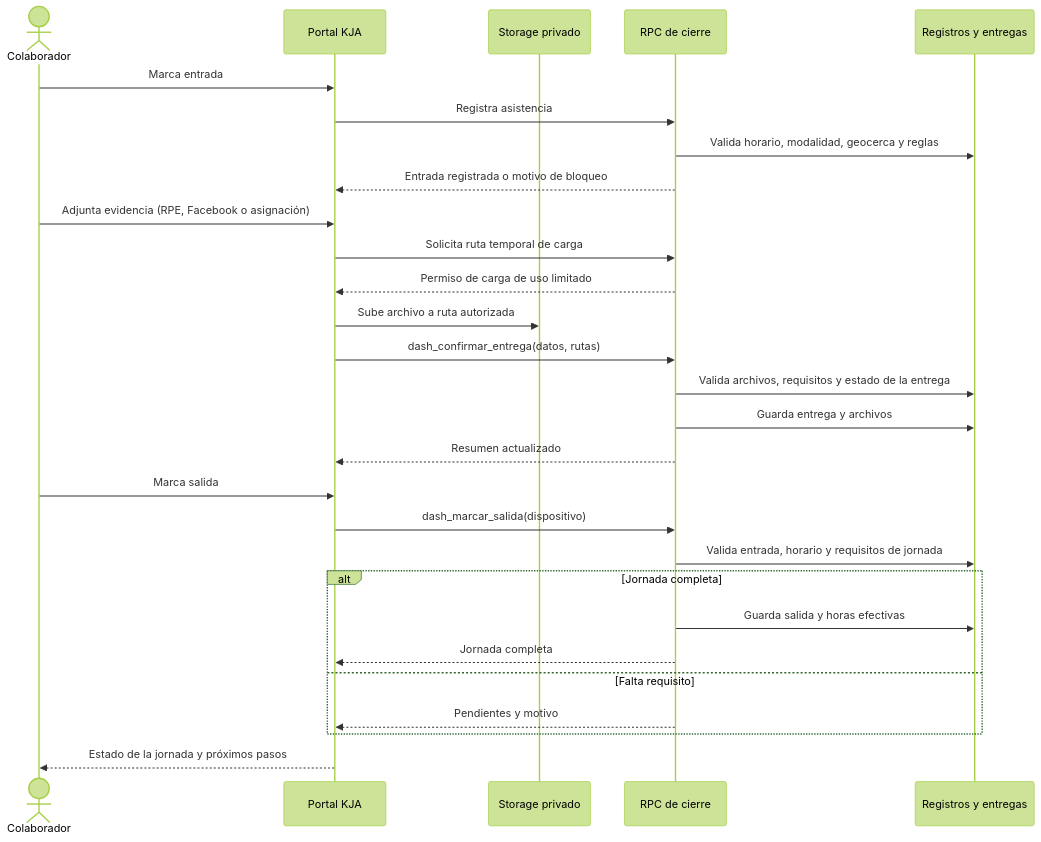
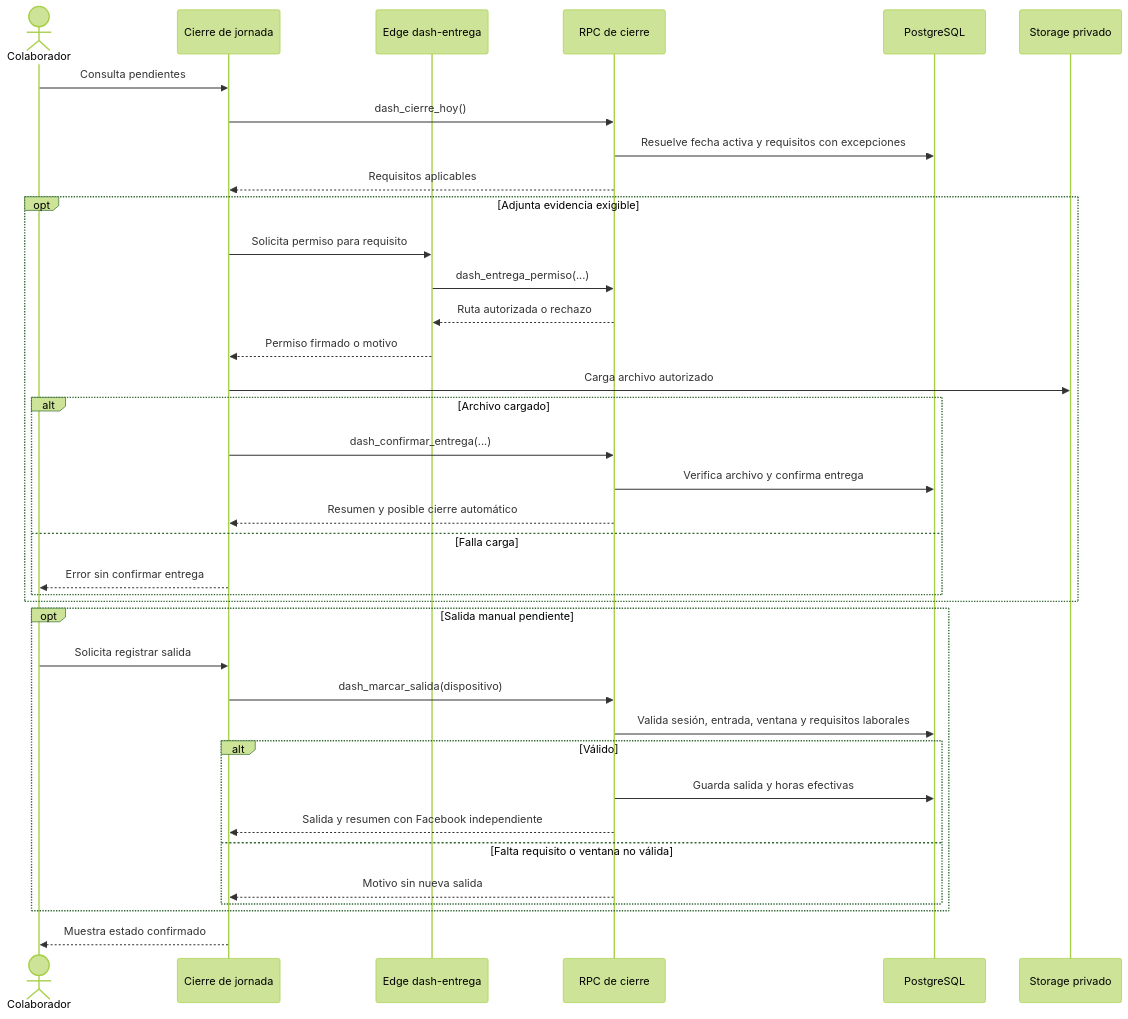
One commit to kjabienestar-ux/KJA changed the fourth of 22 diagrams in docs/20-diagramas-secuencia-administracion.md. Above: the diagram before and after it, drawn with Mermaid (forest theme). The commit also changed other lines of this file and 4 other files, not shown here.

````diff
--- a/docs/20-diagramas-secuencia-administracion.md
+++ b/docs/20-diagramas-secuencia-administracion.md
@@ -103,33 +115,39 @@
 ```mermaid
 sequenceDiagram
-    actor Colab as Colaborador
-    participant Web as Portal KJA
-    participant Storage as Storage privado
-    participant RPC as RPC de cierre
-    participant DB as Registros y entregas
-
-    Colab->>Web: Marca entrada
-    Web->>RPC: Registra asistencia
-    RPC->>DB: Valida horario, modalidad, geocerca y reglas
-    RPC-->>Web: Entrada registrada o motivo de bloqueo
-
-    Colab->>Web: Adjunta evidencia (RPE, Facebook o asignación)
-    Web->>RPC: Solicita ruta temporal de carga
-    RPC-->>Web: Permiso de carga de uso limitado
-    Web->>Storage: Sube archivo a ruta autorizada
-    Web->>RPC: dash_confirmar_entrega(datos, rutas)
-    RPC->>DB: Valida archivos, requisitos y estado de la entrega
-    RPC->>DB: Guarda entrega y archivos
-    RPC-->>Web: Resumen actualizado
-
-    Colab->>Web: Marca salida
-    Web->>RPC: dash_marcar_salida(dispositivo)
-    RPC->>DB: Valida entrada, horario y requisitos de jornada
-    alt Jornada completa
-        RPC->>DB: Guarda salida y horas efectivas
-        RPC-->>Web: Jornada completa
-    else Falta requisito
-        RPC-->>Web: Pendientes y motivo
+    actor U as Colaborador
+    participant W as Cierre de jornada
+    participant E as Edge dash-entrega
+    participant R as RPC de cierre
+    participant B as PostgreSQL
+    participant S as Storage privado
+    U->>W: Consulta pendientes
+    W->>R: dash_cierre_hoy()
+    R->>B: Resuelve fecha activa y requisitos con excepciones
+    R-->>W: Requisitos aplicables
+    opt Adjunta evidencia exigible
+    W->>E: Solicita permiso para requisito
+    E->>R: dash_entrega_permiso(...)
+    R-->>E: Ruta autorizada o rechazo
+    E-->>W: Permiso firmado o motivo
+    W->>S: Carga archivo autorizado
+    alt Archivo cargado
+    W->>R: dash_confirmar_entrega(...)
+    R->>B: Verifica archivo y confirma entrega
+    R-->>W: Resumen y posible cierre automático
+    else Falla carga
+    W-->>U: Error sin confirmar entrega
     end
-    Web-->>Colab: Estado de la jornada y próximos pasos
+    end
+    opt Salida manual pendiente
+    U->>W: Solicita registrar salida
+    W->>R: dash_marcar_salida(dispositivo)
+    R->>B: Valida sesión, entrada, ventana y requisitos laborales
+    alt Válido
+    R->>B: Guarda salida y horas efectivas
+    R-->>W: Salida y resumen con Facebook independiente
+    else Falta requisito o ventana no válida
+    R-->>W: Motivo sin nueva salida
+    end
+    end
+    W-->>U: Muestra estado confirmado
 ```
````
